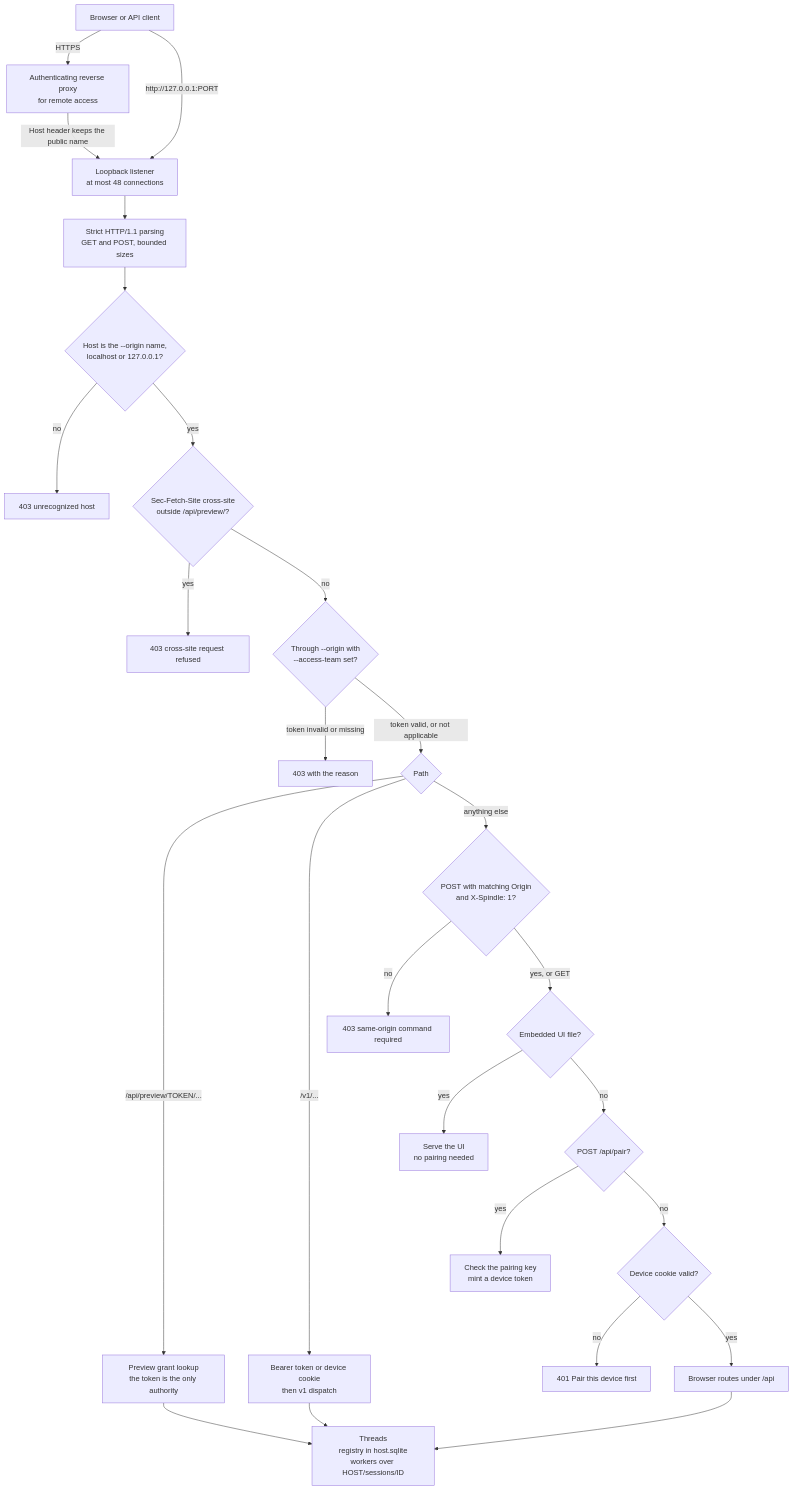
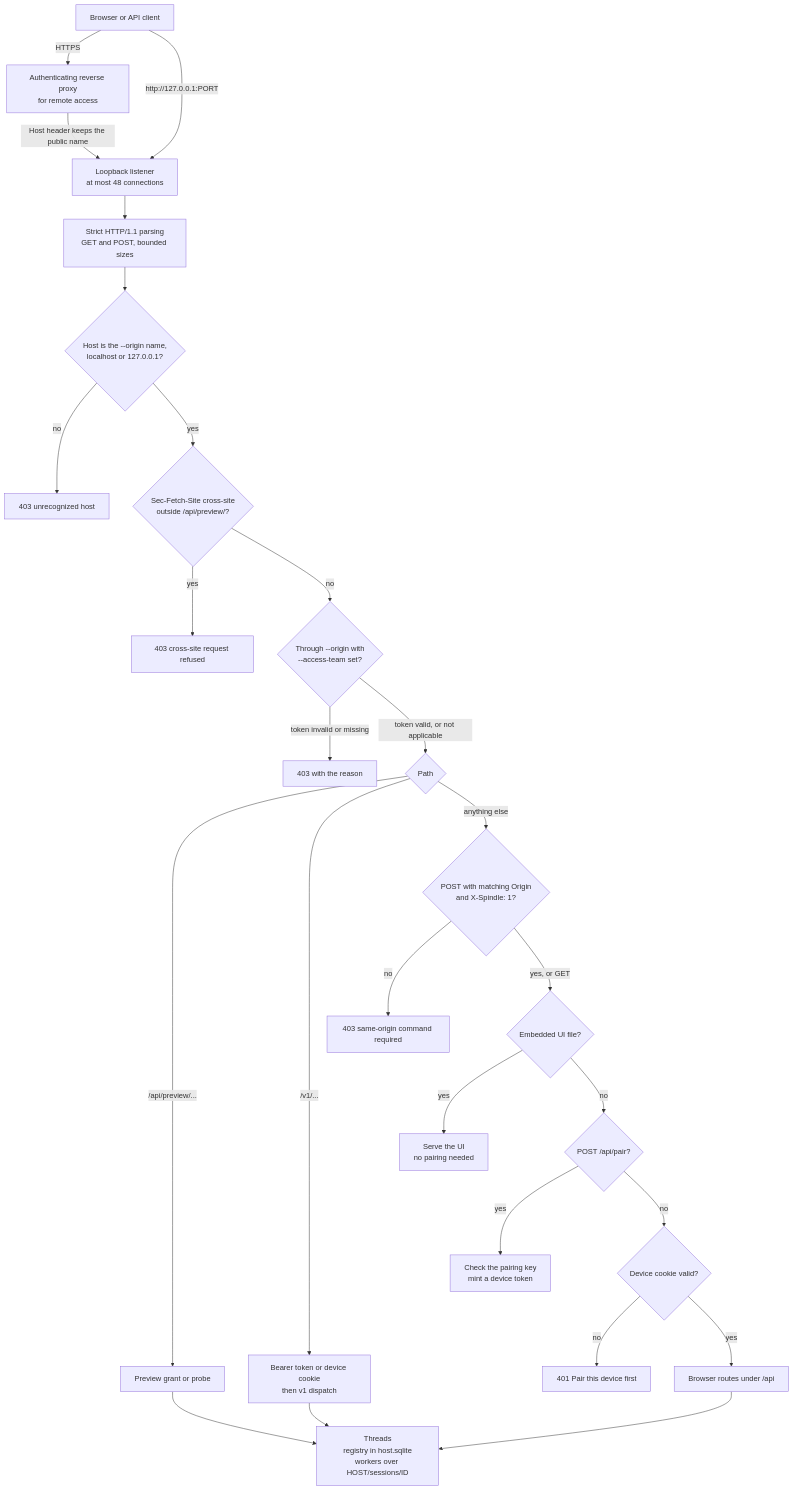
The first of 3 diagrams in docs/host.md (SiliconState/Spindle), drawn with Mermaid before and after one commit. The commit also changed other lines of this file and 128 other files, not shown here.

````diff
--- a/docs/host.md
+++ b/docs/host.md
@@ -73,28 +74,28 @@
 ```mermaid
 flowchart TD
     client["Browser or API client"] -->|"HTTPS"| proxy["Authenticating reverse proxy<br/>for remote access"]
     client -->|"http://127.0.0.1:PORT"| listener
     proxy -->|"Host header keeps the public name"| listener["Loopback listener<br/>at most 48 connections"]
     listener --> parse["Strict HTTP/1.1 parsing<br/>GET and POST, bounded sizes"]
     parse --> hostcheck{"Host is the --origin name,<br/>localhost or 127.0.0.1?"}
     hostcheck -->|"no"| deny1["403 unrecognized host"]
     hostcheck -->|"yes"| xsite{"Sec-Fetch-Site cross-site<br/>outside /api/preview/?"}
     xsite -->|"yes"| deny2["403 cross-site request refused"]
     xsite -->|"no"| access{"Through --origin with<br/>--access-team set?"}
     access -->|"token invalid or missing"| deny3["403 with the reason"]
     access -->|"token valid, or not applicable"| path{"Path"}
-    path -->|"/api/preview/TOKEN/..."| preview["Preview grant lookup<br/>the token is the only authority"]
+    path -->|"/api/preview/..."| preview["Preview grant or probe"]
     path -->|"/v1/..."| v1["Bearer token or device cookie<br/>then v1 dispatch"]
     path -->|"anything else"| same{"POST with matching Origin<br/>and X-Spindle: 1?"}
     same -->|"no"| deny4["403 same-origin command required"]
     same -->|"yes, or GET"| static{"Embedded UI file?"}
     static -->|"yes"| ui["Serve the UI<br/>no pairing needed"]
     static -->|"no"| pairq{"POST /api/pair?"}
     pairq -->|"yes"| pair["Check the pairing key<br/>mint a device token"]
     pairq -->|"no"| device{"Device cookie valid?"}
     device -->|"no"| deny5["401 Pair this device first"]
     device -->|"yes"| api["Browser routes under /api"]
     api --> threads["Threads<br/>registry in host.sqlite<br/>workers over HOST/sessions/ID"]
     v1 --> threads
     preview --> threads
 ```
````
